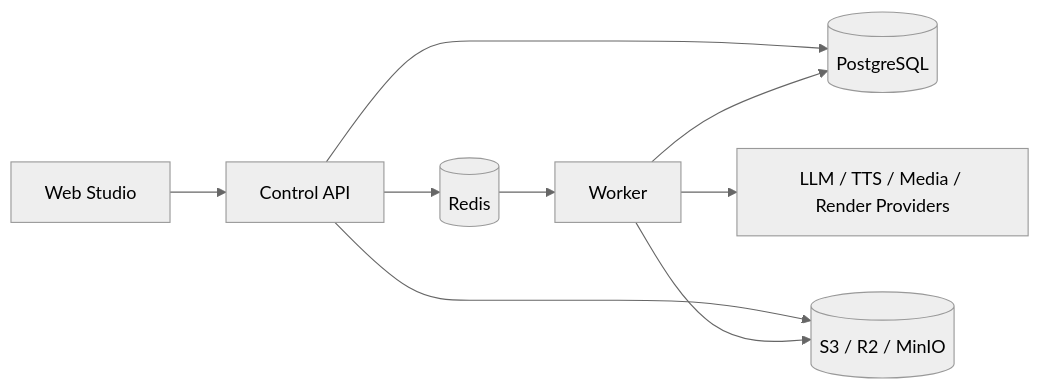
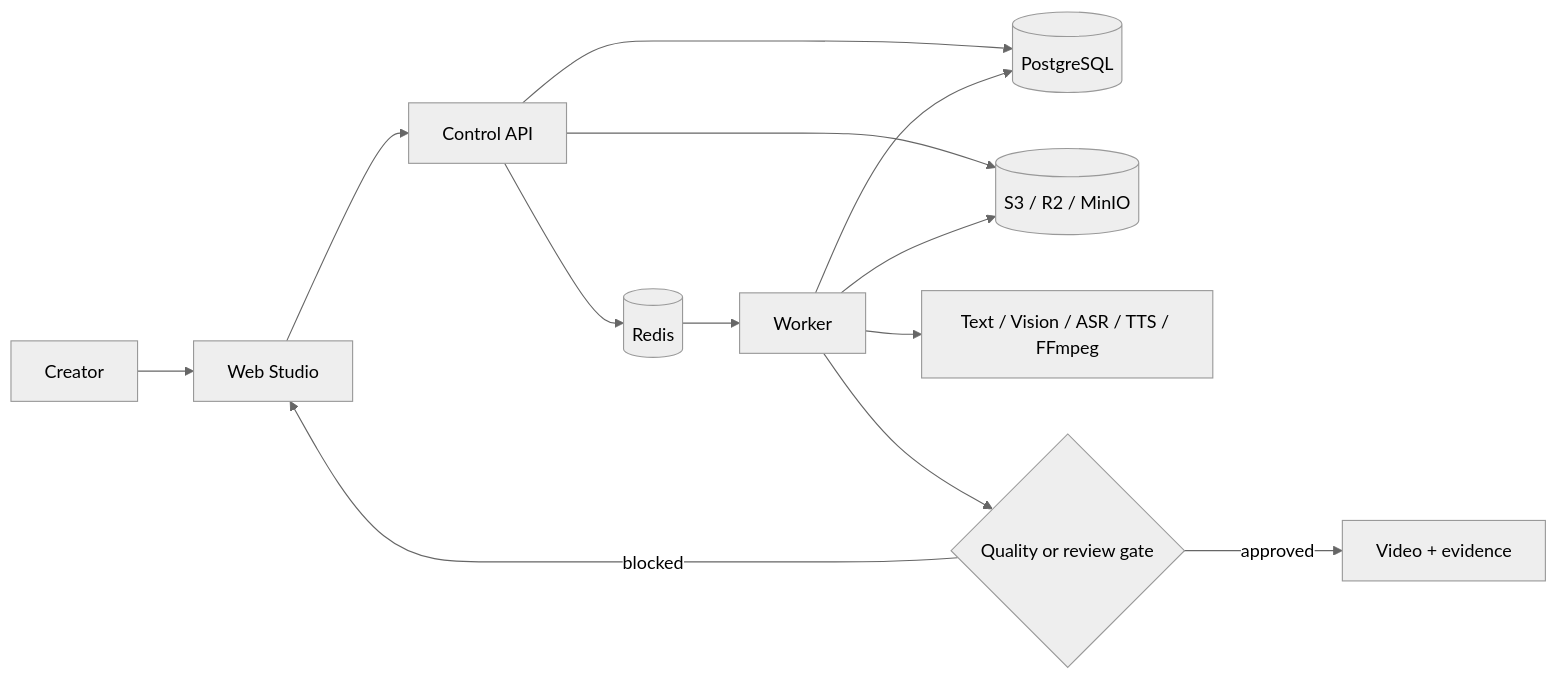
One commit to JimmyZhang06/vistora changed the diagram in README.md. Above: the diagram before and after it, drawn with Mermaid (neutral theme). The commit also changed other lines of this file and 29 other files, not shown here.

````diff
--- a/README.md
+++ b/README.md
@@ -19,11 +36,15 @@
 ```mermaid
 flowchart LR
-    Web[Web Studio] --> API[Control API]
+    Creator[Creator] --> Web[Web Studio]
+    Web --> API[Control API]
     API --> DB[(PostgreSQL)]
     API --> Queue[(Redis)]
     API --> Store[(S3 / R2 / MinIO)]
     Queue --> Worker[Worker]
-    Worker --> Providers[LLM / TTS / Media / Render Providers]
+    Worker --> Providers[Text / Vision / ASR / TTS / FFmpeg]
     Worker --> DB
     Worker --> Store
+    Worker --> Review{Quality or review gate}
+    Review -->|approved| Result[Video + evidence]
+    Review -->|blocked| Web
 ```
````
